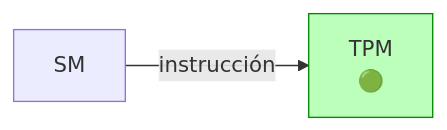
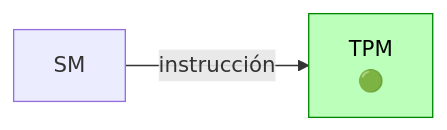
The sixth of 14 diagrams in docs/role-profiles.md (virgenherrera/idea-to-mvp), drawn with Mermaid before and after one commit. The commit also changed other lines of this file and 1 other file, not shown here.

First line of the commit message:
fix: add explicit text color to mermaid diagram nodes

````diff
--- a/docs/role-profiles.md
+++ b/docs/role-profiles.md
@@ -413,6 +413,6 @@
 ```mermaid
 flowchart LR
     SM_F5["SM"] -->|"instrucción"| TPM_F5["TPM\n🟢"]
 
-    style TPM_F5 fill:#bfb,stroke:#080
+    style TPM_F5 fill:#bfb,stroke:#080,color:#000
 ```
````
